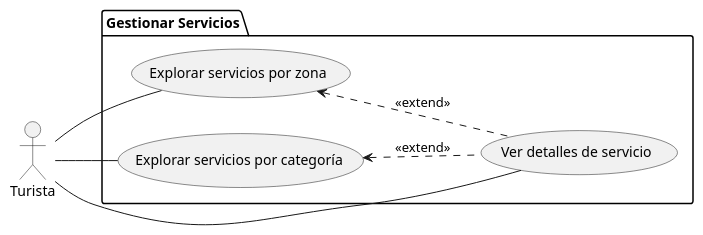
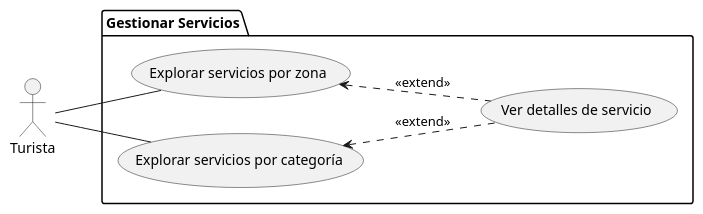
One commit to LJSaumeth/SM-Xplore-Proto changed the diagram in docs/modelos/uc-lvl-1/gestionar-servicios/turista-diagrama.puml. Above: the diagram before and after it, drawn with PlantUML.

```diff
--- a/docs/modelos/uc-lvl-1/gestionar-servicios/turista-diagrama.puml
+++ b/docs/modelos/uc-lvl-1/gestionar-servicios/turista-diagrama.puml
@@ -1,19 +1,18 @@
 @startuml
 left to right direction
 
 actor Turista as T
 
 package "Gestionar Servicios" {
     usecase "Explorar servicios por zona" as UC1
     usecase "Explorar servicios por categoría" as UC2
     usecase "Ver detalles de servicio" as UC3
 }
 
 T -- UC1
 T -- UC2
-T -- UC3
 
 UC1 <.. UC3 : <<extend>>
 UC2 <.. UC3 : <<extend>>
 
 @enduml
```
